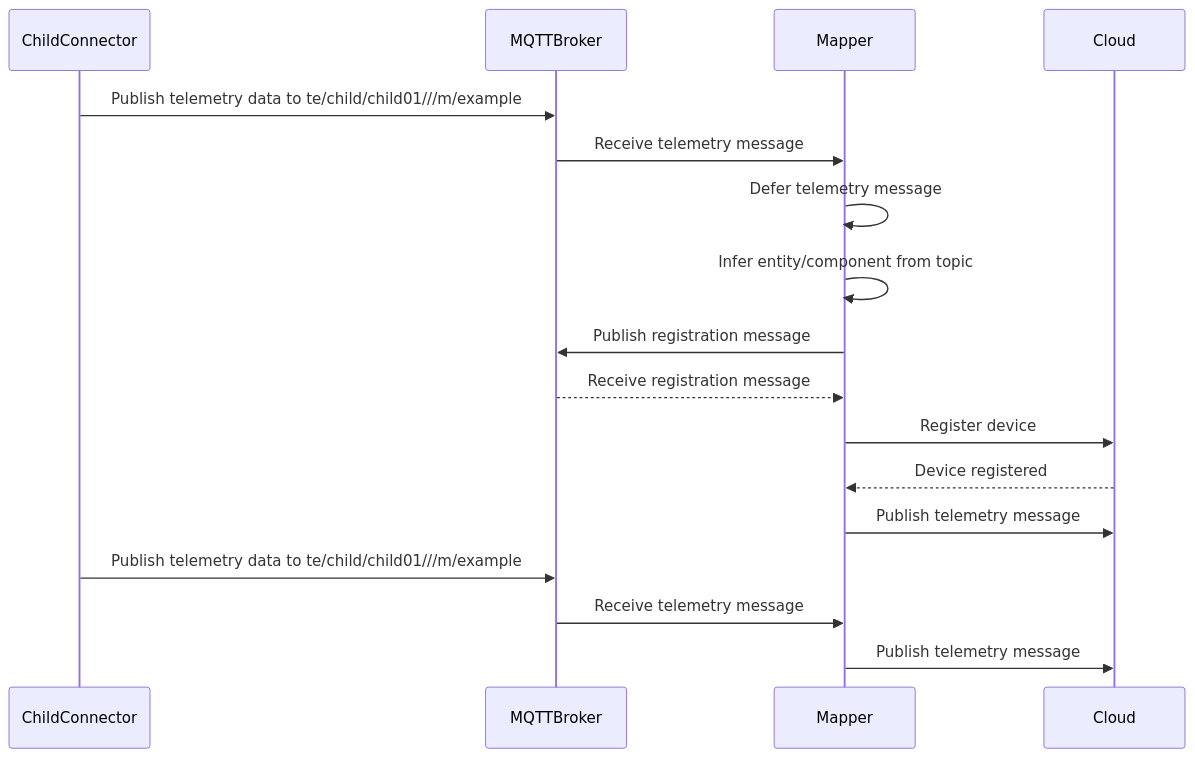
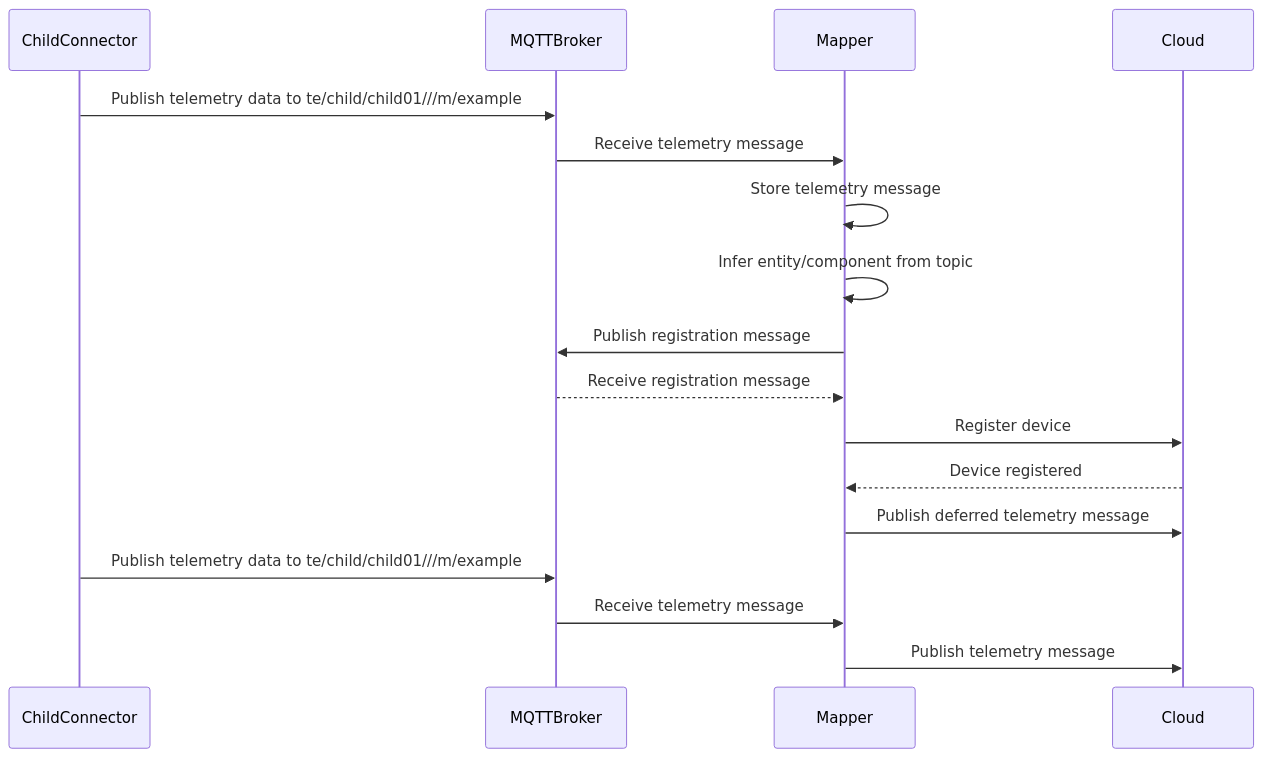
One commit to albinsuresh/thin-edge.io changed the second of 2 diagrams in docs/src/references/api/registration.md. Above: the diagram before and after it, drawn with Mermaid.

Commit message:
refactor registration sequence diagram

````diff
--- a/docs/src/references/api/registration.md
+++ b/docs/src/references/api/registration.md
@@ -41,17 +41,17 @@
 ```mermaid
 sequenceDiagram
     ChildConnector->>MQTTBroker: Publish telemetry data to te/child/child01///m/example
     MQTTBroker->>Mapper: Receive telemetry message
-    Mapper->>Mapper: Defer telemetry message
+    Mapper->>Mapper: Store telemetry message
     Mapper->>Mapper: Infer entity/component from topic
     Mapper ->> MQTTBroker: Publish registration message
 
     MQTTBroker-->>Mapper: Receive registration message
     Mapper->>Cloud: Register device
     Cloud-->>Mapper: Device registered
-    Mapper->>Cloud: Publish telemetry message
+    Mapper->>Cloud: Publish deferred telemetry message
 
     ChildConnector->>MQTTBroker: Publish telemetry data to te/child/child01///m/example
     MQTTBroker->>Mapper: Receive telemetry message
     Mapper->>Cloud: Publish telemetry message
 ```
````
